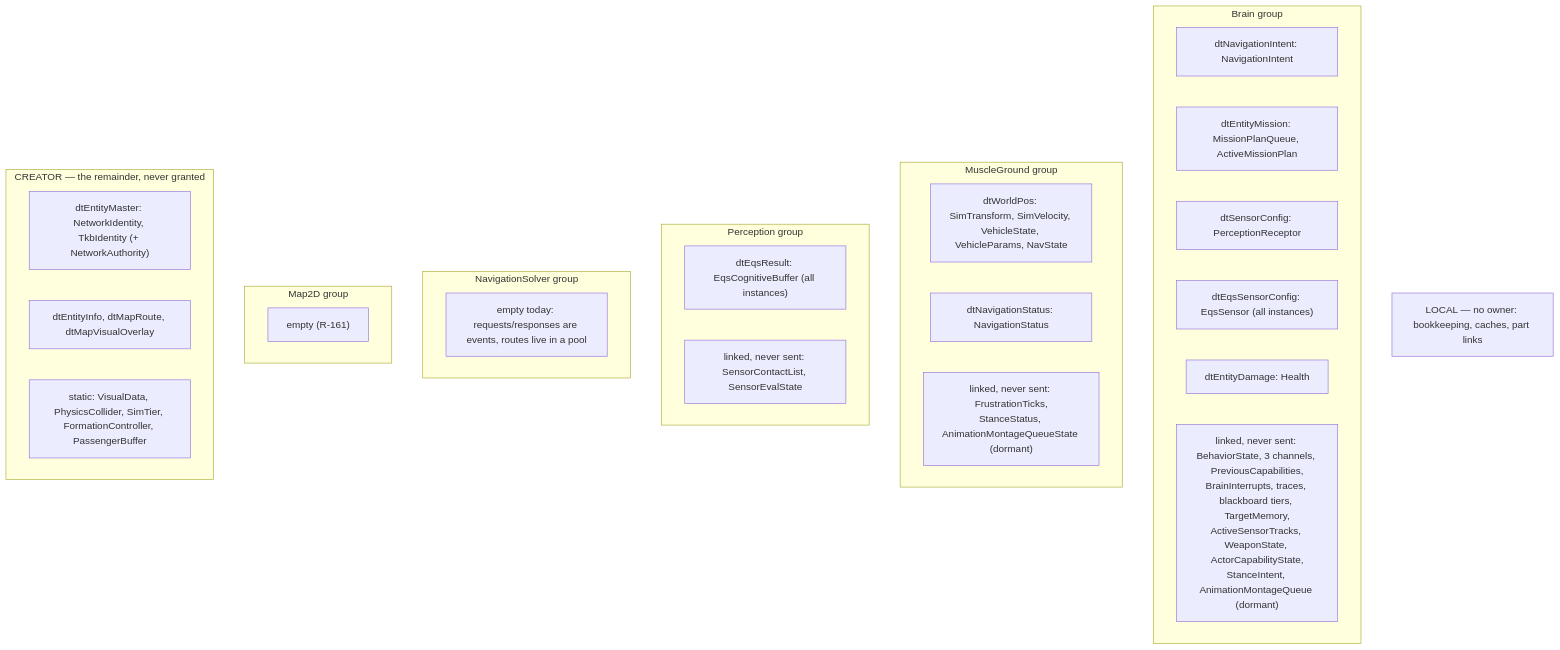
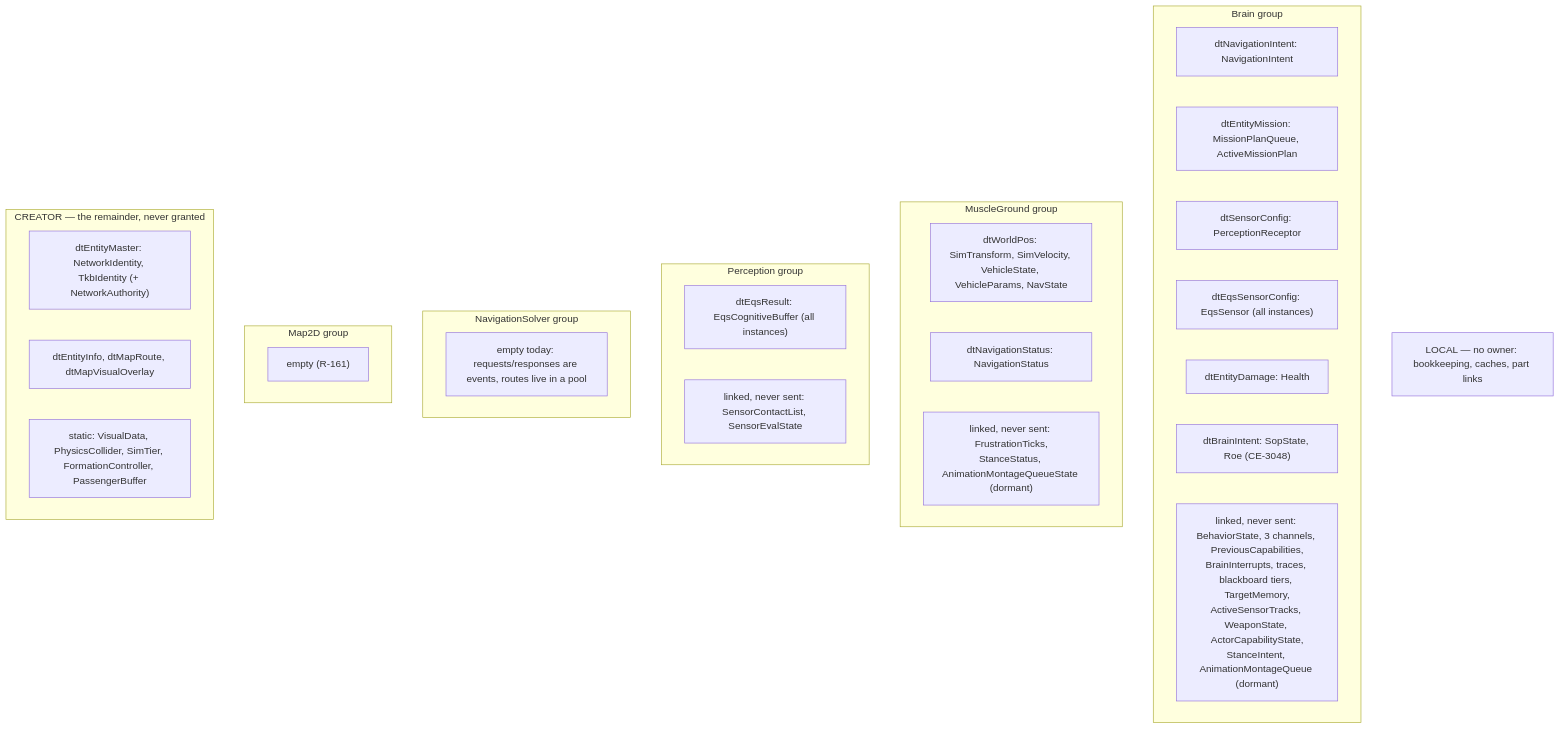
Before and after one commit to pjanec/HROT: the first of 10 diagrams in docs/DESIGN_Ownership_Groups_And_Grants.md, drawn with Mermaid. The commit also changed other lines of this file and 21 other files, not shown here.

````diff
--- a/docs/DESIGN_Ownership_Groups_And_Grants.md
+++ b/docs/DESIGN_Ownership_Groups_And_Grants.md
@@ -129,32 +130,33 @@
 ```mermaid
 graph TD
   subgraph BRAIN["Brain group"]
     B1["dtNavigationIntent: NavigationIntent"]
     B2["dtEntityMission: MissionPlanQueue, ActiveMissionPlan"]
     B3["dtSensorConfig: PerceptionReceptor"]
     B4["dtEqsSensorConfig: EqsSensor (all instances)"]
     B5["dtEntityDamage: Health"]
+    B6["dtBrainIntent: SopState, Roe (CE-3048)"]
     BL["linked, never sent: BehaviorState, 3 channels, PreviousCapabilities,<br/>BrainInterrupts, traces, blackboard tiers, TargetMemory,<br/>ActiveSensorTracks, WeaponState, ActorCapabilityState,<br/>StanceIntent, AnimationMontageQueue (dormant)"]
   end
   subgraph KIN["MuscleGround group"]
     K1["dtWorldPos: SimTransform, SimVelocity, VehicleState, VehicleParams, NavState"]
     K2["dtNavigationStatus: NavigationStatus"]
     KL["linked, never sent: FrustrationTicks,<br/>StanceStatus, AnimationMontageQueueState (dormant)"]
   end
   subgraph PER["Perception group"]
     P1["dtEqsResult: EqsCognitiveBuffer (all instances)"]
     PL["linked, never sent: SensorContactList, SensorEvalState"]
   end
   subgraph NAV["NavigationSolver group"]
     N0["empty today: requests/responses are events, routes live in a pool"]
   end
   subgraph MAP["Map2D group"]
     M0["empty (R-161)"]
   end
   subgraph CRE["CREATOR — the remainder, never granted"]
     C1["dtEntityMaster: NetworkIdentity, TkbIdentity (+ NetworkAuthority)"]
     C2["dtEntityInfo, dtMapRoute, dtMapVisualOverlay"]
     C3["static: VisualData, PhysicsCollider, SimTier, FormationController, PassengerBuffer"]
   end
   LOC["LOCAL — no owner: bookkeeping, caches, part links"]
 ```
````
